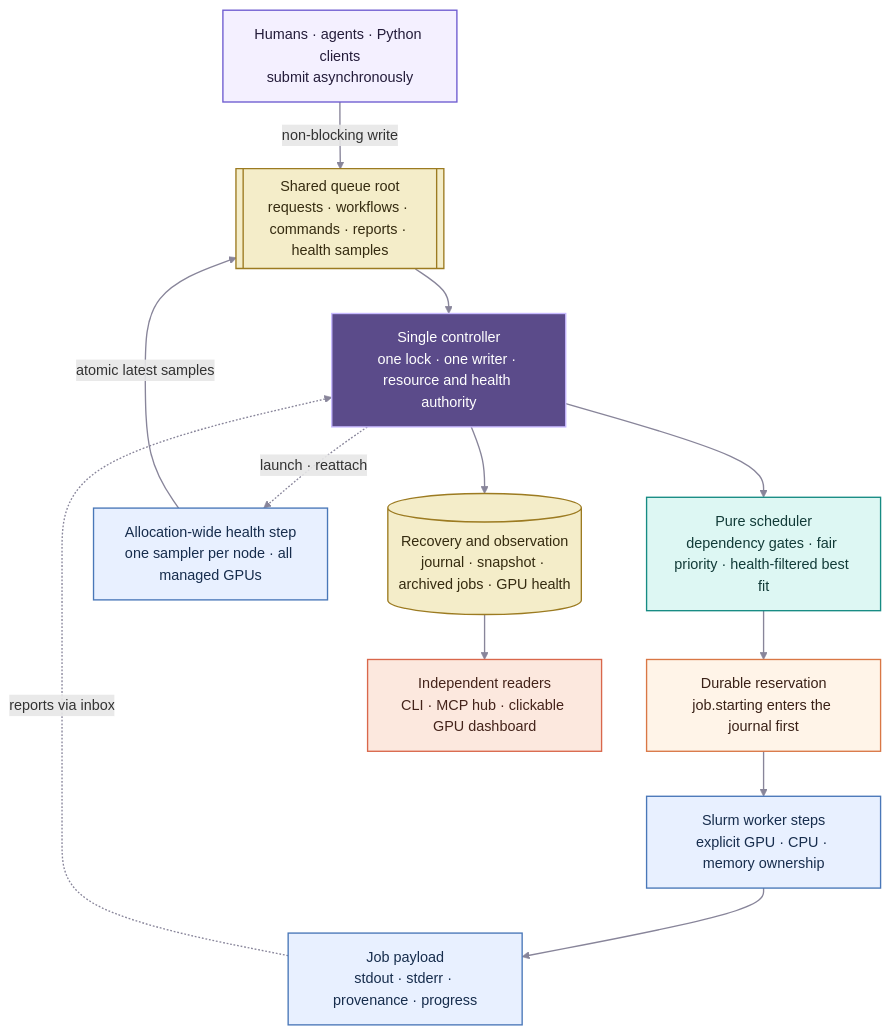
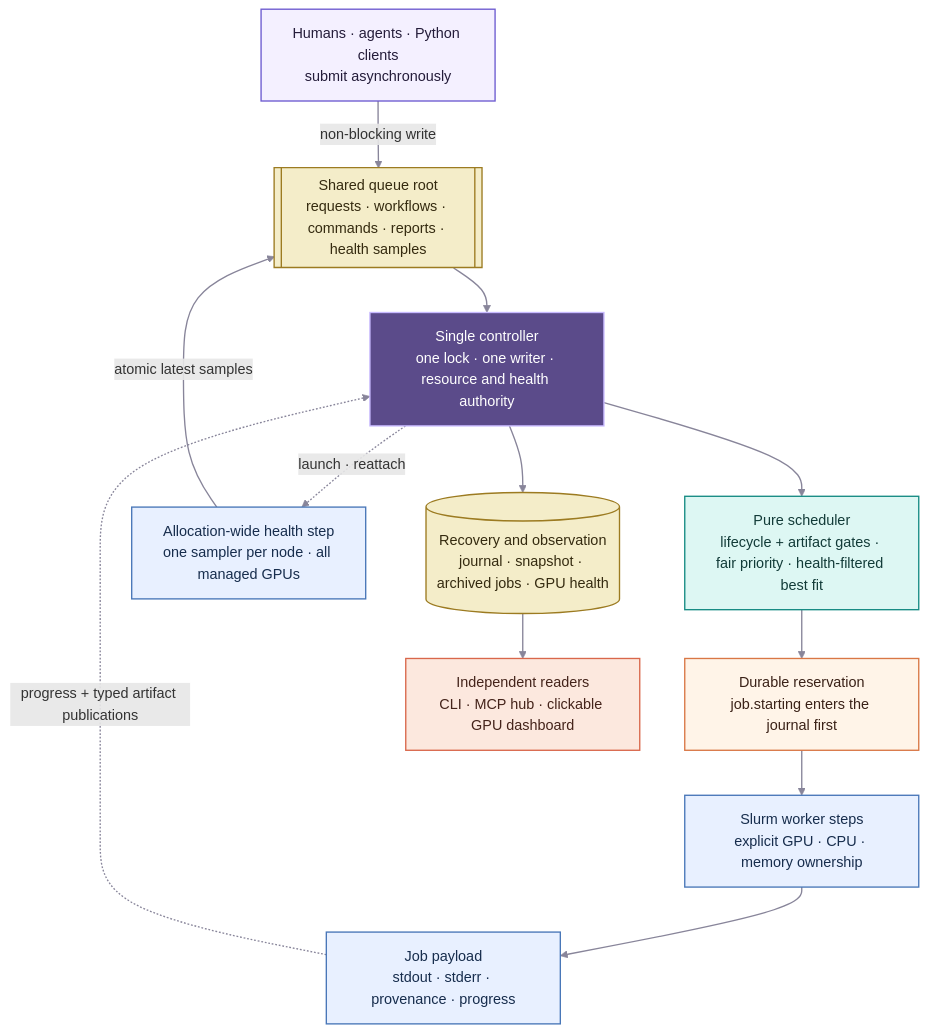
One commit to jamaliki/scruffy changed the first of 2 diagrams in README.md. Above: the diagram before and after it, drawn with Mermaid. The commit also changed other lines of this file, not shown here.

Commit message:
Show artifact gates in architecture

````diff
--- a/README.md
+++ b/README.md
@@ -21,47 +21,47 @@
 ```mermaid
 flowchart TB
     producers["Humans · agents · Python clients
 submit asynchronously"]
     inboxes[["Shared queue root
 requests · workflows · commands · reports · health samples"]]
     controller["Single controller
 one lock · one writer · resource and health authority"]
     scheduler["Pure scheduler
-dependency gates · fair priority · health-filtered best fit"]
+lifecycle + artifact gates · fair priority · health-filtered best fit"]
     reserve["Durable reservation
 job.starting enters the journal first"]
     workers["Slurm worker steps
 explicit GPU · CPU · memory ownership"]
     health["Allocation-wide health step
 one sampler per node · all managed GPUs"]
     payload["Job payload
 stdout · stderr · provenance · progress"]
     state[("Recovery and observation
 journal · snapshot · archived jobs · GPU health")]
     observers["Independent readers
 CLI · MCP hub · clickable GPU dashboard"]
 
     producers -->|non-blocking write| inboxes --> controller --> scheduler
     scheduler --> reserve --> workers --> payload
     controller -.->|launch · reattach| health
     health -->|atomic latest samples| inboxes
     controller --> state --> observers
-    payload -.->|reports via inbox| controller
+    payload -.->|progress + typed artifact publications| controller
 
     classDef producer fill:#F4F0FF,stroke:#6D5BD0,color:#241C3A,stroke-width:1.5px;
     classDef storage fill:#F4EDC9,stroke:#9C7B21,color:#352B10,stroke-width:1.5px;
     classDef core fill:#5B4B8A,stroke:#C7B9FF,color:#FFFFFF,stroke-width:1.5px;
     classDef schedule fill:#DDF7F3,stroke:#168B83,color:#123B38,stroke-width:1.5px;
     classDef reservation fill:#FFF4E8,stroke:#D97745,color:#3A2117,stroke-width:1.5px;
     classDef runtime fill:#E8F0FF,stroke:#4977B8,color:#172D4D,stroke-width:1.5px;
     classDef observer fill:#FCE8DE,stroke:#D9674B,color:#44231A,stroke-width:1.5px;
 
     class producers producer;
     class inboxes,state storage;
     class controller core;
     class scheduler schedule;
     class reserve reservation;
     class workers,health,payload runtime;
     class observers observer;
     linkStyle default stroke:#88859A,stroke-width:1.5px;
 ```
````
